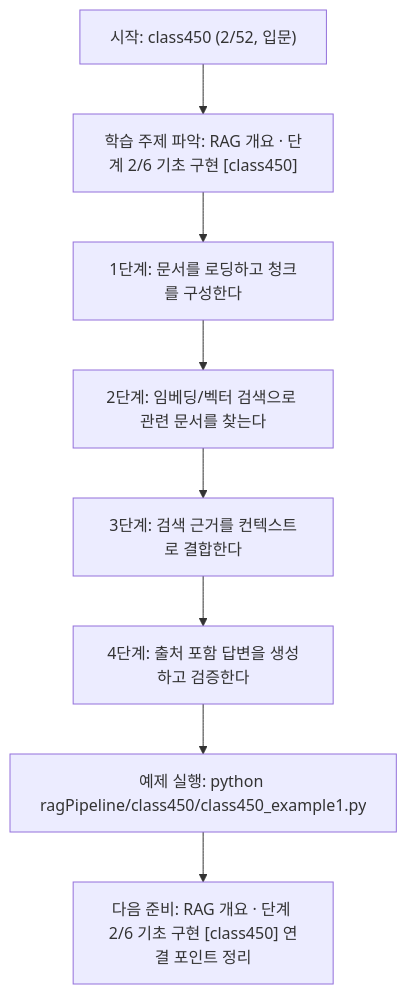
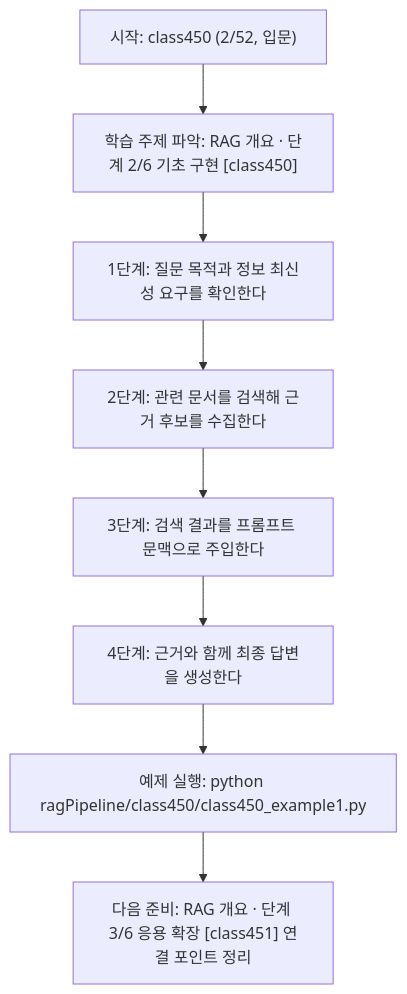
One commit to edumgt/Python-AI_Agent-Class changed the diagram in ragPipeline/class450/class450.md. Above: the diagram before and after it, drawn with Mermaid. The commit also changed other lines of this file and 367 other files, not shown here.

````diff
--- a/ragPipeline/class450/class450.md
+++ b/ragPipeline/class450/class450.md
@@ -110,18 +92,18 @@
 ```mermaid
 flowchart TD
 N1["시작: class450 (2/52, 입문)"]
 N2["학습 주제 파악: RAG 개요 · 단계 2/6 기초 구현 [class450]"]
-N3["1단계: 문서를 로딩하고 청크를 구성한다"]
-N4["2단계: 임베딩/벡터 검색으로 관련 문서를 찾는다"]
-N5["3단계: 검색 근거를 컨텍스트로 결합한다"]
-N6["4단계: 출처 포함 답변을 생성하고 검증한다"]
+N3["1단계: 질문 목적과 정보 최신성 요구를 확인한다"]
+N4["2단계: 관련 문서를 검색해 근거 후보를 수집한다"]
+N5["3단계: 검색 결과를 프롬프트 문맥으로 주입한다"]
+N6["4단계: 근거와 함께 최종 답변을 생성한다"]
 N7["예제 실행: python ragPipeline/class450/class450_example1.py"]
-N8["다음 준비: RAG 개요 · 단계 2/6 기초 구현 [class450] 연결 포인트 정리"]
+N8["다음 준비: RAG 개요 · 단계 3/6 응용 확장 [class451] 연결 포인트 정리"]
 N1 --> N2
 N2 --> N3
 N3 --> N4
 N4 --> N5
 N5 --> N6
 N6 --> N7
 N7 --> N8
 ```
````
